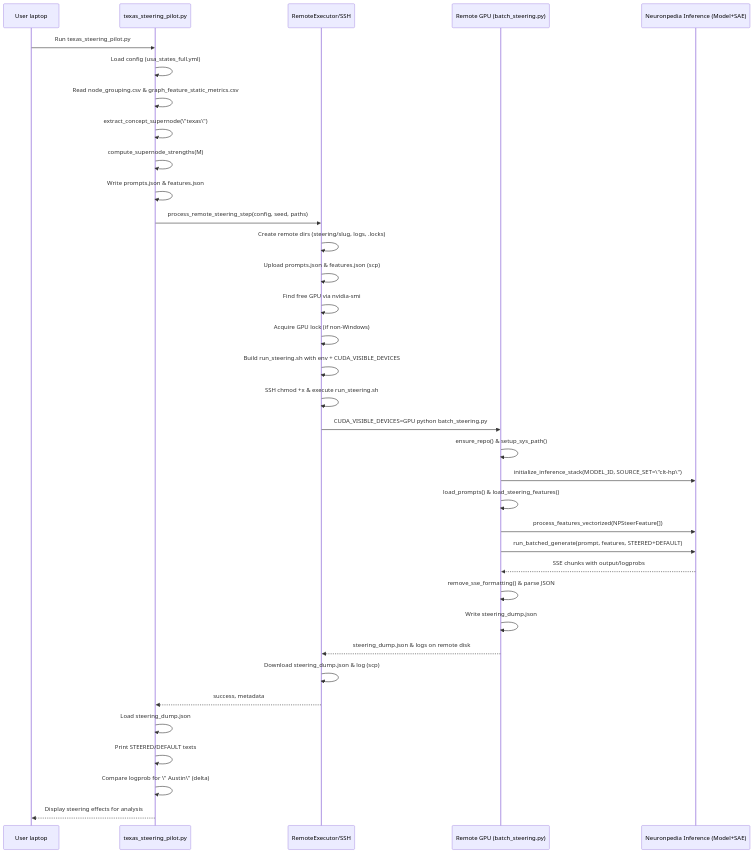
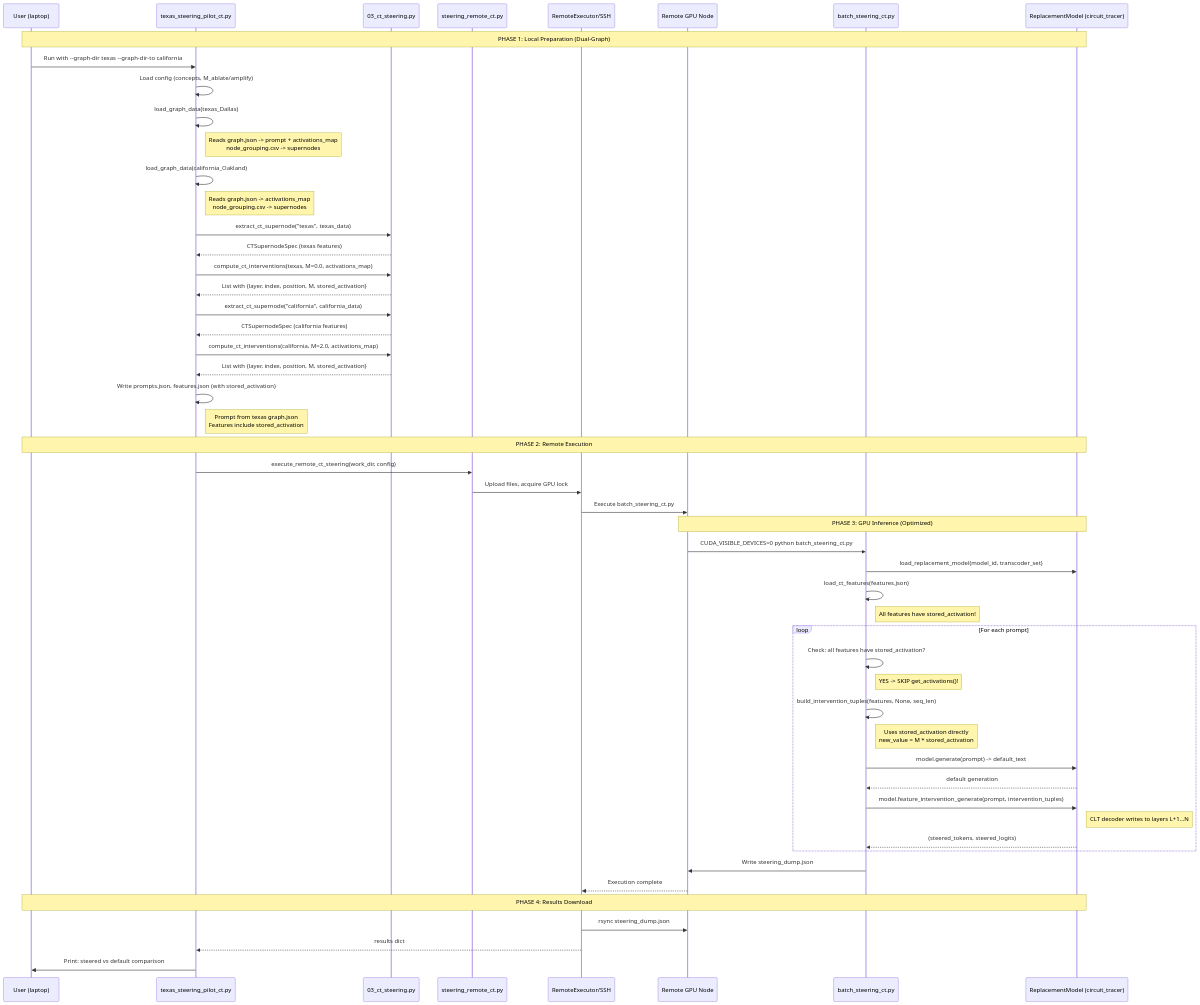
The diagram in scripts/experiments/supernode_swap/pilots/README.md (peppinob-ol/attribution-graph-probing), drawn with Mermaid before and after one commit. The commit also changed other lines of this file and 69 other files, not shown here.

````diff
--- a/scripts/experiments/supernode_swap/pilots/README.md
+++ b/scripts/experiments/supernode_swap/pilots/README.md
@@ -140,43 +226,76 @@
 ```mermaid
 sequenceDiagram
-    participant U as User laptop
-    participant P as texas_steering_pilot.py
-    participant R as RemoteExecutor/SSH
-    participant N as Remote GPU (batch_steering.py)
-    participant I as Neuronpedia Inference (Model+SAE)
+    participant U as User (laptop)
+    participant P as texas_steering_pilot_ct.py
+    participant CT as 03_ct_steering.py
+    participant R as steering_remote_ct.py
+    participant SSH as RemoteExecutor/SSH
+    participant G as Remote GPU Node
+    participant B as batch_steering_ct.py
+    participant M as ReplacementModel (circuit_tracer)
 
-    U->>P: Run texas_steering_pilot.py
-    P->>P: Load config (usa_states_full.yml)
-    P->>P: Read node_grouping.csv & graph_feature_static_metrics.csv
-    P->>P: extract_concept_supernode(\"texas\")
-    P->>P: compute_supernode_strengths(M)
-    P->>P: Write prompts.json & features.json
+    Note over U,M: PHASE 1: Local Preparation (Dual-Graph)
 
-    P->>R: process_remote_steering_step(config, seed, paths)
-    R->>R: Create remote dirs (steering/slug, logs, .locks)
-    R->>R: Upload prompts.json & features.json (scp)
-    R->>R: Find free GPU via nvidia-smi
-    R->>R: Acquire GPU lock (if non-Windows)
+    U->>P: Run with --graph-dir texas --graph-dir-to california
+    P->>P: Load config (concepts, M_ablate/amplify)
+    
+    P->>P: load_graph_data(texas_Dallas)
+    Note right of P: Reads graph.json -> prompt + activations_map<br/>node_grouping.csv -> supernodes
 
-    R->>R: Build run_steering.sh with env + CUDA_VISIBLE_DEVICES
-    R->>R: SSH chmod +x & execute run_steering.sh
+    P->>P: load_graph_data(california_Oakland)
+    Note right of P: Reads graph.json -> activations_map<br/>node_grouping.csv -> supernodes
 
-    R->>N: CUDA_VISIBLE_DEVICES=GPU python batch_steering.py
-    N->>N: ensure_repo() & setup_sys_path()
-    N->>I: initialize_inference_stack(MODEL_ID, SOURCE_SET=\"clt-hp\")
-    N->>N: load_prompts() & load_steering_features()
-    N->>I: process_features_vectorized(NPSteerFeature[])
-    N->>I: run_batched_generate(prompt, features, STEERED+DEFAULT)
-    I-->>N: SSE chunks with output/logprobs
-    N->>N: remove_sse_formatting() & parse JSON
-    N->>N: Write steering_dump.json
+    P->>CT: extract_ct_supernode("texas", texas_data)
+    CT-->>P: CTSupernodeSpec (texas features)
 
-    N-->>R: steering_dump.json & logs on remote disk
-    R->>R: Download steering_dump.json & log (scp)
-    R-->>P: success, metadata
+    P->>CT: compute_ct_interventions(texas, M=0.0, activations_map)
+    CT-->>P: List with {layer, index, position, M, stored_activation}
 
-    P->>P: Load steering_dump.json
-    P->>P: Print STEERED/DEFAULT texts
-    P->>P: Compare logprob for \" Austin\" (delta)
-    P-->>U: Display steering effects for analysis
+    P->>CT: extract_ct_supernode("california", california_data)
+    CT-->>P: CTSupernodeSpec (california features)
+
+    P->>CT: compute_ct_interventions(california, M=2.0, activations_map)
+    CT-->>P: List with {layer, index, position, M, stored_activation}
+
+    P->>P: Write prompts.json, features.json (with stored_activation)
+    Note right of P: Prompt from texas graph.json<br/>Features include stored_activation
+
+    Note over U,M: PHASE 2: Remote Execution
+
+    P->>R: execute_remote_ct_steering(work_dir, config)
+    R->>SSH: Upload files, acquire GPU lock
+    SSH->>G: Execute batch_steering_ct.py
+
+    Note over G,M: PHASE 3: GPU Inference (Optimized)
+
+    G->>B: CUDA_VISIBLE_DEVICES=0 python batch_steering_ct.py
+    B->>M: load_replacement_model(model_id, transcoder_set)
+
+    B->>B: load_ct_features(features.json)
+    Note right of B: All features have stored_activation!
+
+    loop For each prompt
+        B->>B: Check: all features have stored_activation?
+        Note right of B: YES -> SKIP get_activations()!
+        
+        B->>B: build_intervention_tuples(features, None, seq_len)
+        Note right of B: Uses stored_activation directly<br/>new_value = M * stored_activation
+
+        B->>M: model.generate(prompt) -> default_text
+        M-->>B: default generation
+
+        B->>M: model.feature_intervention_generate(prompt, intervention_tuples)
+        Note right of M: CLT decoder writes to layers L+1...N
+
+        M-->>B: (steered_tokens, steered_logits)
+    end
+
+    B->>G: Write steering_dump.json
+    G-->>SSH: Execution complete
+
+    Note over U,M: PHASE 4: Results Download
+
+    SSH->>G: rsync steering_dump.json
+    SSH-->>P: results dict
+    P->>U: Print: steered vs default comparison
 ```
````
